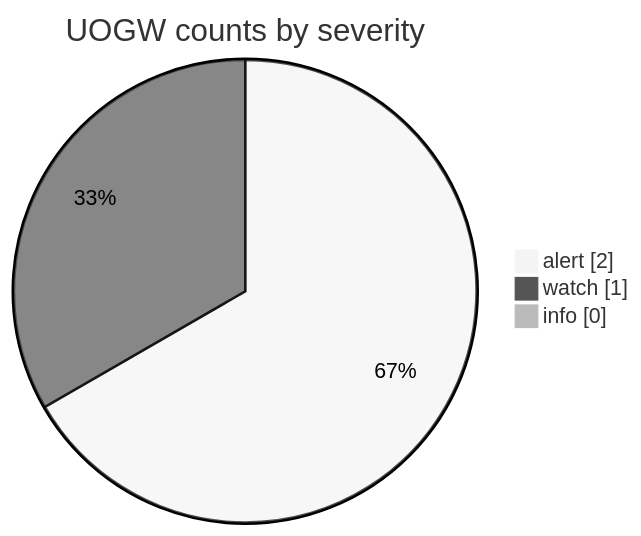
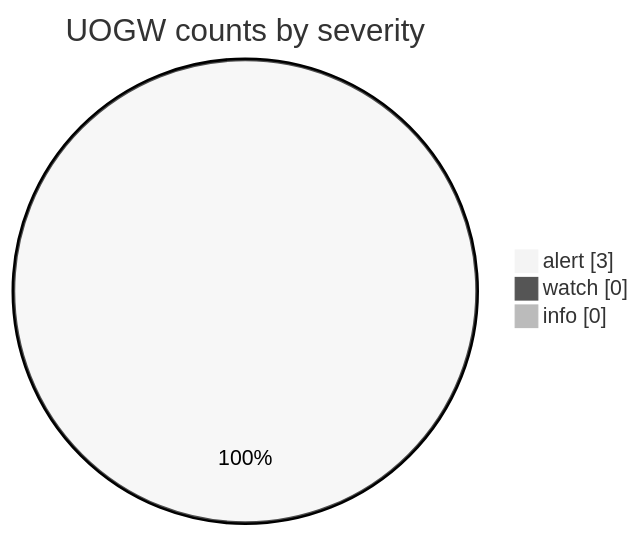
The fourth of 6 diagrams in docs/GRAPHS.md (Midwest-Stratospheric/aerostratospheric-defense-gir), drawn with Mermaid (neutral theme) before and after one commit. The commit also changed other lines of this file and 24 other files, not shown here.

````diff
--- a/docs/GRAPHS.md
+++ b/docs/GRAPHS.md
@@ -66,7 +66,7 @@
 ```mermaid
 pie showData
   title UOGW counts by severity
-  "alert" : 2
-  "watch" : 1
+  "alert" : 3
+  "watch" : 0
   "info" : 0
 ```
````
